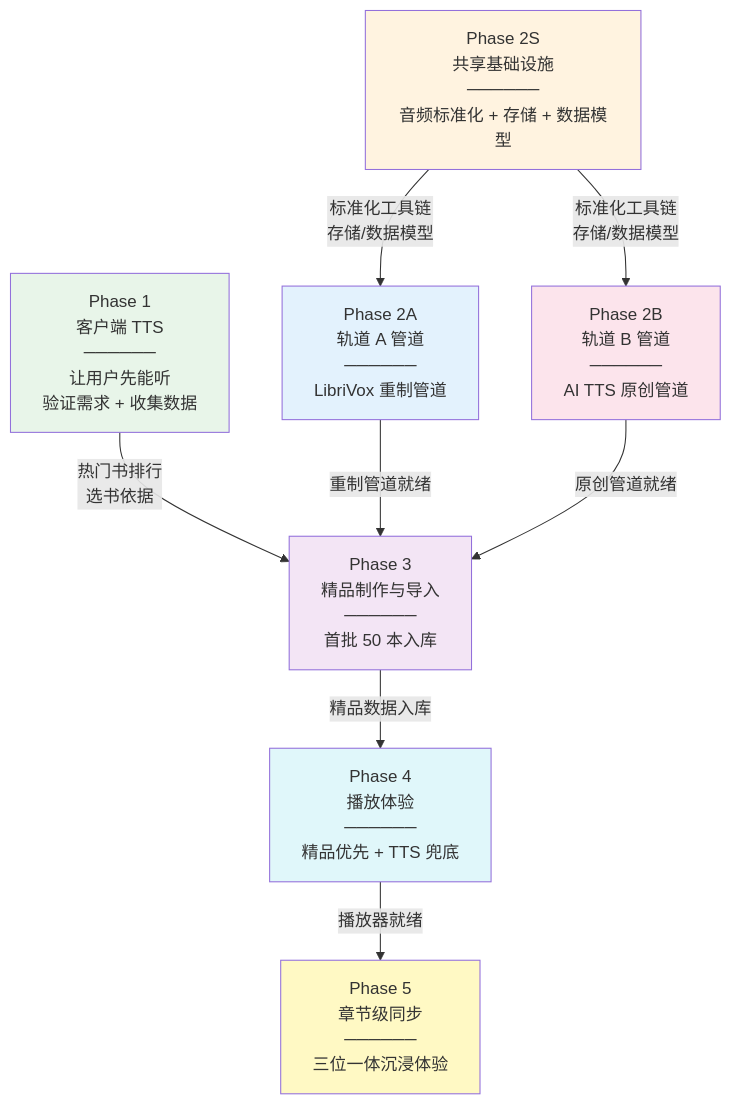
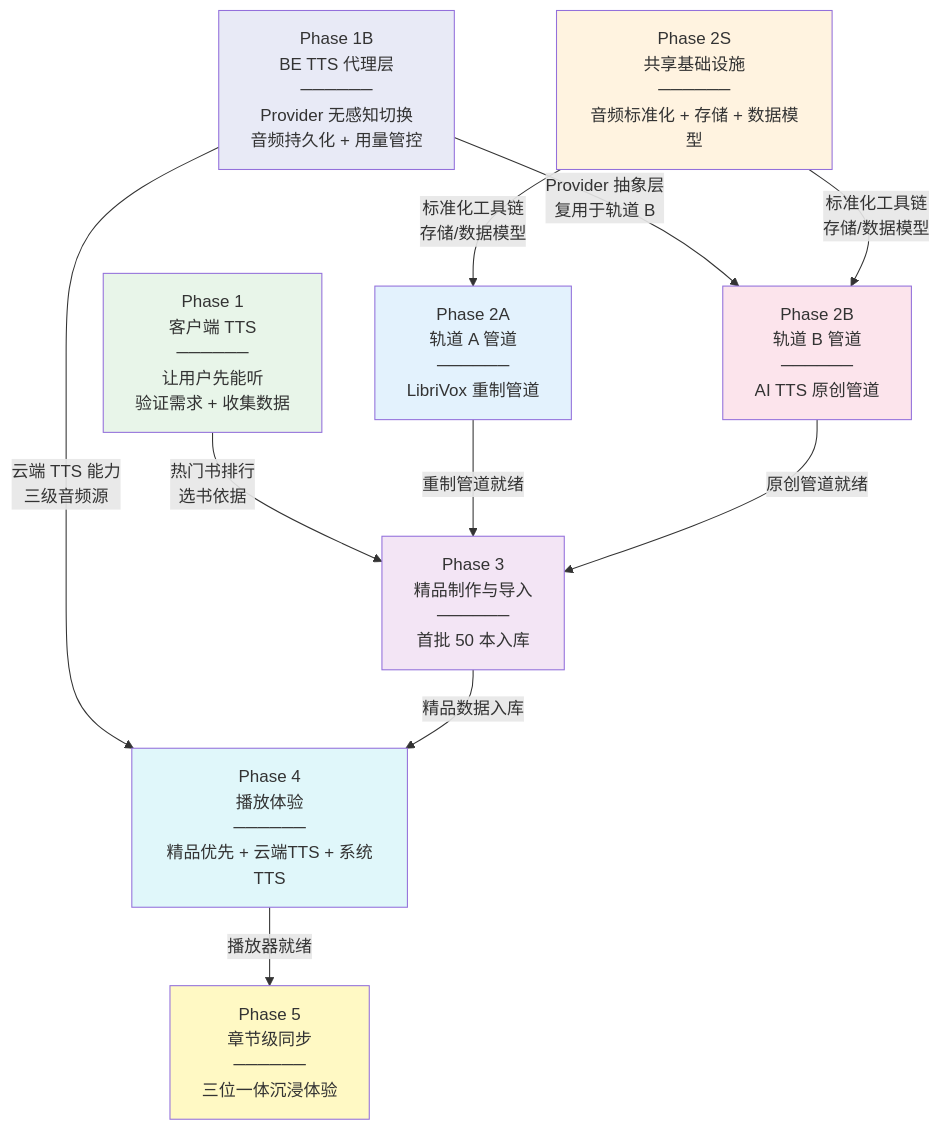
The first of 5 diagrams in plans/2026-02-08-audio-lab-task-orchestration.md (readmigo/docs), drawn with Mermaid before and after one commit. The commit also changed other lines of this file and 7 other files, not shown here.

````diff
--- a/plans/2026-02-08-audio-lab-task-orchestration.md
+++ b/plans/2026-02-08-audio-lab-task-orchestration.md
@@ -11,26 +13,30 @@
 ```mermaid
 flowchart TD
     P1["Phase 1<br>客户端 TTS<br>──────<br>让用户先能听<br>验证需求 + 收集数据"]
+    P1B["Phase 1B<br>BE TTS 代理层<br>──────<br>Provider 无感知切换<br>音频持久化 + 用量管控"]
     P2A["Phase 2A<br>轨道 A 管道<br>──────<br>LibriVox 重制管道"]
     P2B["Phase 2B<br>轨道 B 管道<br>──────<br>AI TTS 原创管道"]
     P2S["Phase 2S<br>共享基础设施<br>──────<br>音频标准化 + 存储 + 数据模型"]
     P3["Phase 3<br>精品制作与导入<br>──────<br>首批 50 本入库"]
-    P4["Phase 4<br>播放体验<br>──────<br>精品优先 + TTS 兜底"]
+    P4["Phase 4<br>播放体验<br>──────<br>精品优先 + 云端TTS + 系统TTS"]
     P5["Phase 5<br>章节级同步<br>──────<br>三位一体沉浸体验"]
 
     P1 -->|"热门书排行<br>选书依据"| P3
+    P1B -->|"Provider 抽象层<br>复用于轨道 B"| P2B
+    P1B -->|"云端 TTS 能力<br>三级音频源"| P4
     P2S -->|"标准化工具链<br>存储/数据模型"| P2A
     P2S -->|"标准化工具链<br>存储/数据模型"| P2B
     P2A -->|"重制管道就绪"| P3
     P2B -->|"原创管道就绪"| P3
     P3 -->|"精品数据入库"| P4
     P4 -->|"播放器就绪"| P5
 
     style P1 fill:#e8f5e9
+    style P1B fill:#e8eaf6
     style P2S fill:#fff3e0
     style P2A fill:#e3f2fd
     style P2B fill:#fce4ec
     style P3 fill:#f3e5f5
     style P4 fill:#e0f7fa
     style P5 fill:#fff9c4
 ```
````
